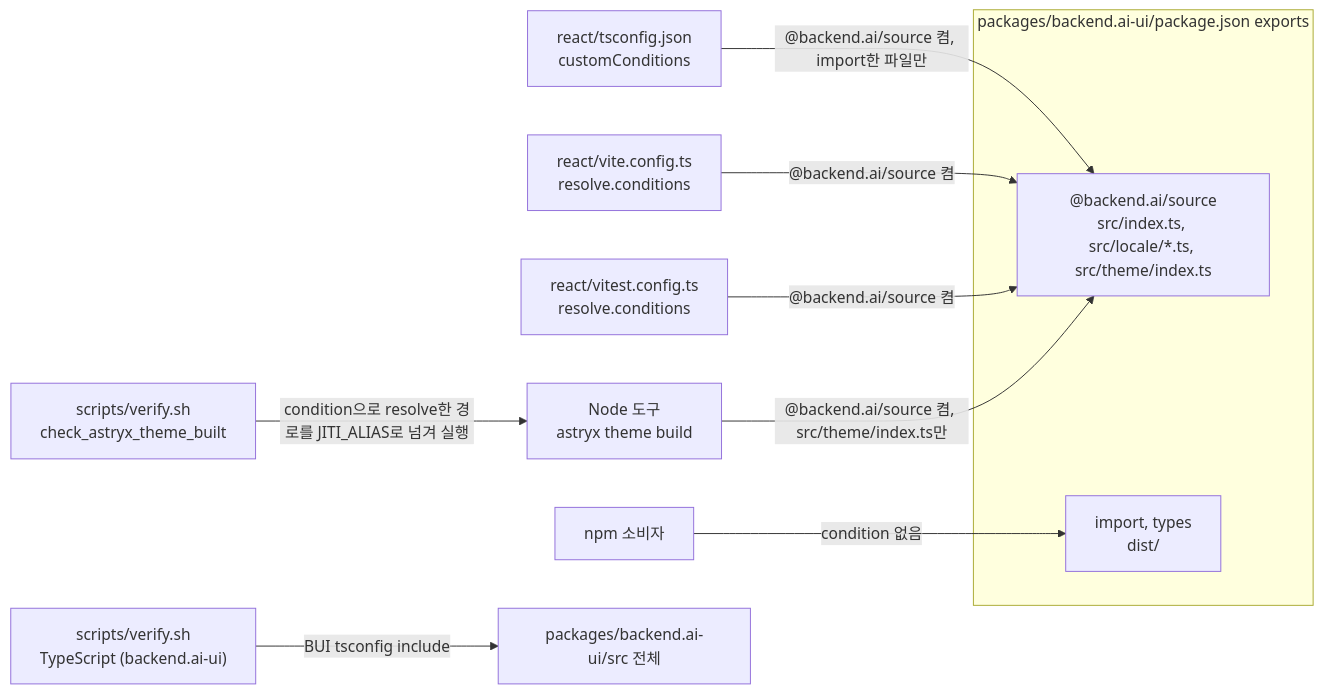
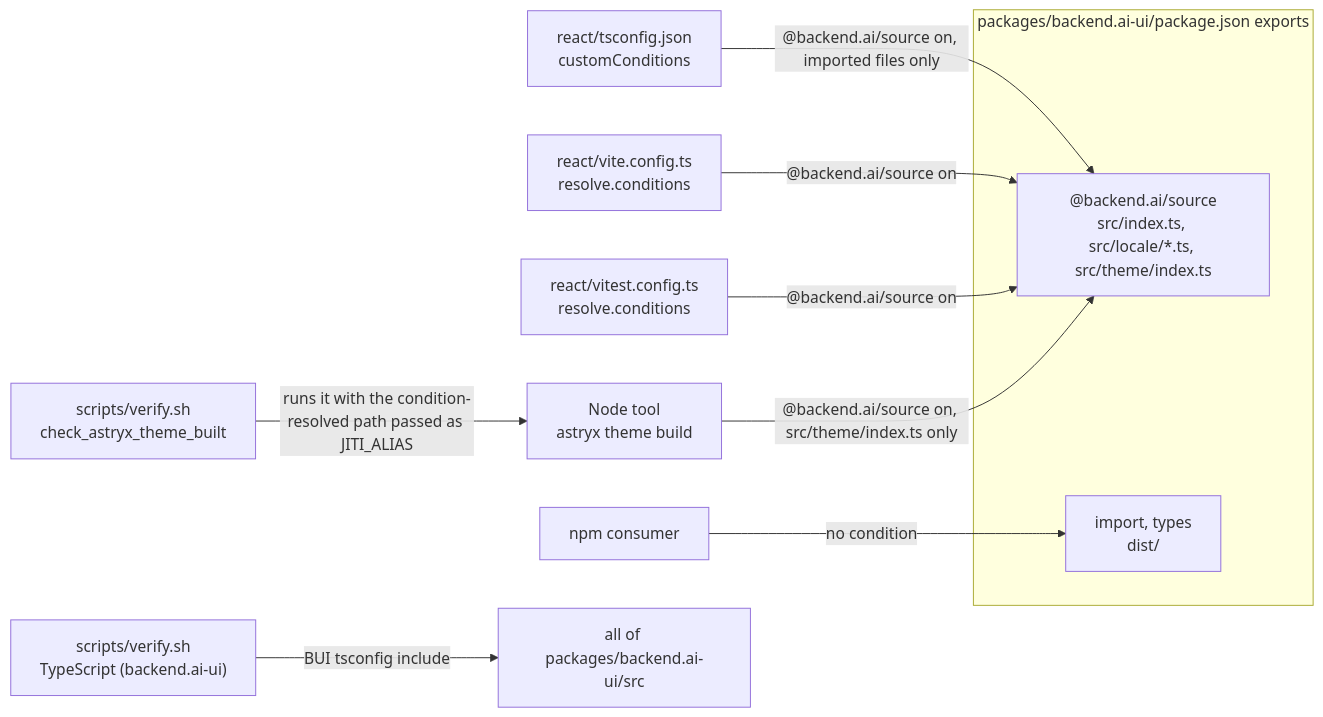
Before and after one commit to lablup/backend.ai-webui: the diagram in docs/adr/0013-source-export-condition-for-backend-ai-ui.md, drawn with Mermaid. The commit also changed other lines of this file and 15 other files, not shown here.

First line of the commit message:
chore(#10802): translate ADR 0003–0017 and ARCHITECTURE.md into English

````diff
--- a/docs/adr/0013-source-export-condition-for-backend-ai-ui.md
+++ b/docs/adr/0013-source-export-condition-for-backend-ai-ui.md
@@ -21,22 +21,22 @@
 ```mermaid
 flowchart LR
   subgraph bui["packages/backend.ai-ui/package.json exports"]
     src["@backend.ai/source<br/>src/index.ts, src/locale/*.ts, src/theme/index.ts"]
     dist["import, types<br/>dist/"]
   end
   tsc["react/tsconfig.json<br/>customConditions"]
   vite["react/vite.config.ts<br/>resolve.conditions"]
   vitest["react/vitest.config.ts<br/>resolve.conditions"]
-  node["Node 도구<br/>astryx theme build"]
-  npm["npm 소비자"]
+  node["Node tool<br/>astryx theme build"]
+  npm["npm consumer"]
   verify["scripts/verify.sh<br/>check_astryx_theme_built"]
   buitsc["scripts/verify.sh<br/>TypeScript (backend.ai-ui)"]
-  srcdir["packages/backend.ai-ui/src 전체"]
-  tsc -- "@backend.ai/source 켬, import한 파일만" --> src
+  srcdir["all of packages/backend.ai-ui/src"]
+  tsc -- "@backend.ai/source on, imported files only" --> src
   buitsc -- "BUI tsconfig include" --> srcdir
-  vite -- "@backend.ai/source 켬" --> src
-  vitest -- "@backend.ai/source 켬" --> src
-  verify -- "condition으로 resolve한 경로를 JITI_ALIAS로 넘겨 실행" --> node
-  node -- "@backend.ai/source 켬, src/theme/index.ts만" --> src
-  npm -- "condition 없음" --> dist
+  vite -- "@backend.ai/source on" --> src
+  vitest -- "@backend.ai/source on" --> src
+  verify -- "runs it with the condition-resolved path passed as JITI_ALIAS" --> node
+  node -- "@backend.ai/source on, src/theme/index.ts only" --> src
+  npm -- "no condition" --> dist
 ```
````
